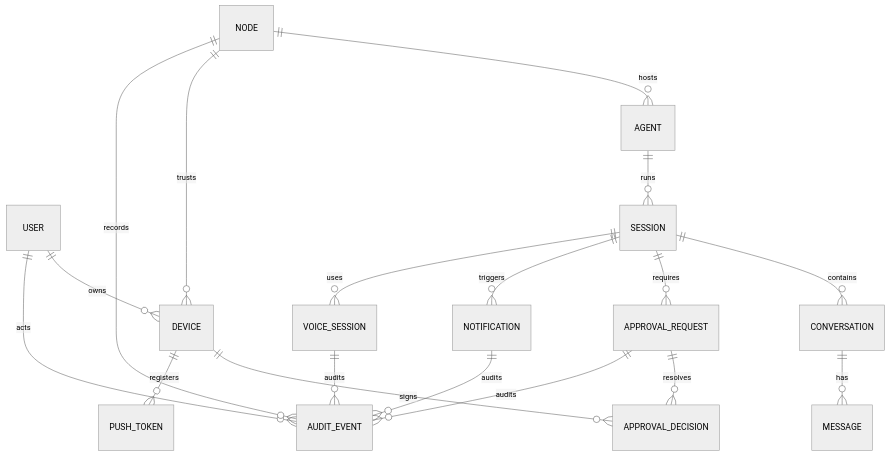
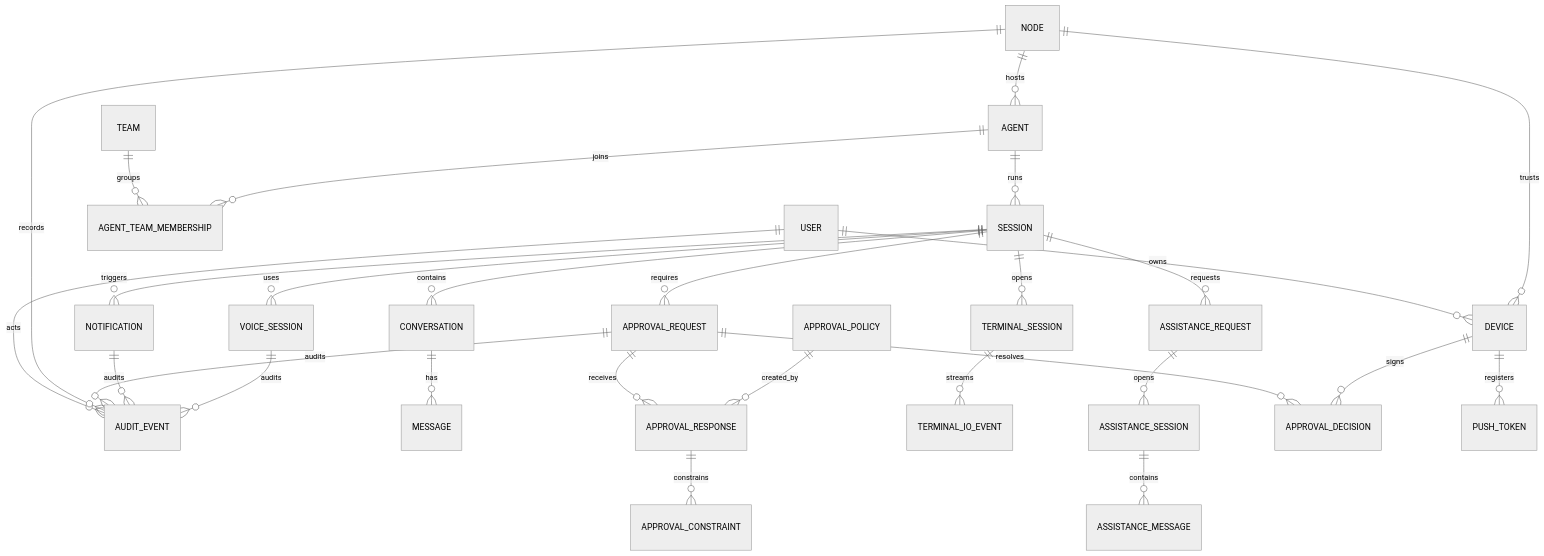
One commit to MahdiHedhli/HermesMobileCommand changed the diagram in docs/data-model.md. Above: the diagram before and after it, drawn with Mermaid (neutral theme). The commit also changed other lines of this file and 18 other files, not shown here.

````diff
--- a/docs/data-model.md
+++ b/docs/data-model.md
@@ -9,20 +9,30 @@
 ```mermaid
 erDiagram
   USER ||--o{ DEVICE : owns
   USER ||--o{ AUDIT_EVENT : acts
   NODE ||--o{ AGENT : hosts
+  TEAM ||--o{ AGENT_TEAM_MEMBERSHIP : groups
+  AGENT ||--o{ AGENT_TEAM_MEMBERSHIP : joins
   NODE ||--o{ DEVICE : trusts
   NODE ||--o{ AUDIT_EVENT : records
   AGENT ||--o{ SESSION : runs
   SESSION ||--o{ CONVERSATION : contains
   CONVERSATION ||--o{ MESSAGE : has
   SESSION ||--o{ APPROVAL_REQUEST : requires
+  APPROVAL_REQUEST ||--o{ APPROVAL_RESPONSE : receives
+  APPROVAL_RESPONSE ||--o{ APPROVAL_CONSTRAINT : constrains
+  APPROVAL_POLICY ||--o{ APPROVAL_RESPONSE : created_by
   SESSION ||--o{ NOTIFICATION : triggers
   SESSION ||--o{ VOICE_SESSION : uses
+  SESSION ||--o{ TERMINAL_SESSION : opens
+  TERMINAL_SESSION ||--o{ TERMINAL_IO_EVENT : streams
+  SESSION ||--o{ ASSISTANCE_REQUEST : requests
+  ASSISTANCE_REQUEST ||--o{ ASSISTANCE_SESSION : opens
+  ASSISTANCE_SESSION ||--o{ ASSISTANCE_MESSAGE : contains
   APPROVAL_REQUEST ||--o{ APPROVAL_DECISION : resolves
   DEVICE ||--o{ APPROVAL_DECISION : signs
   DEVICE ||--o{ PUSH_TOKEN : registers
   APPROVAL_REQUEST ||--o{ AUDIT_EVENT : audits
   NOTIFICATION ||--o{ AUDIT_EVENT : audits
   VOICE_SESSION ||--o{ AUDIT_EVENT : audits
 ```
````
